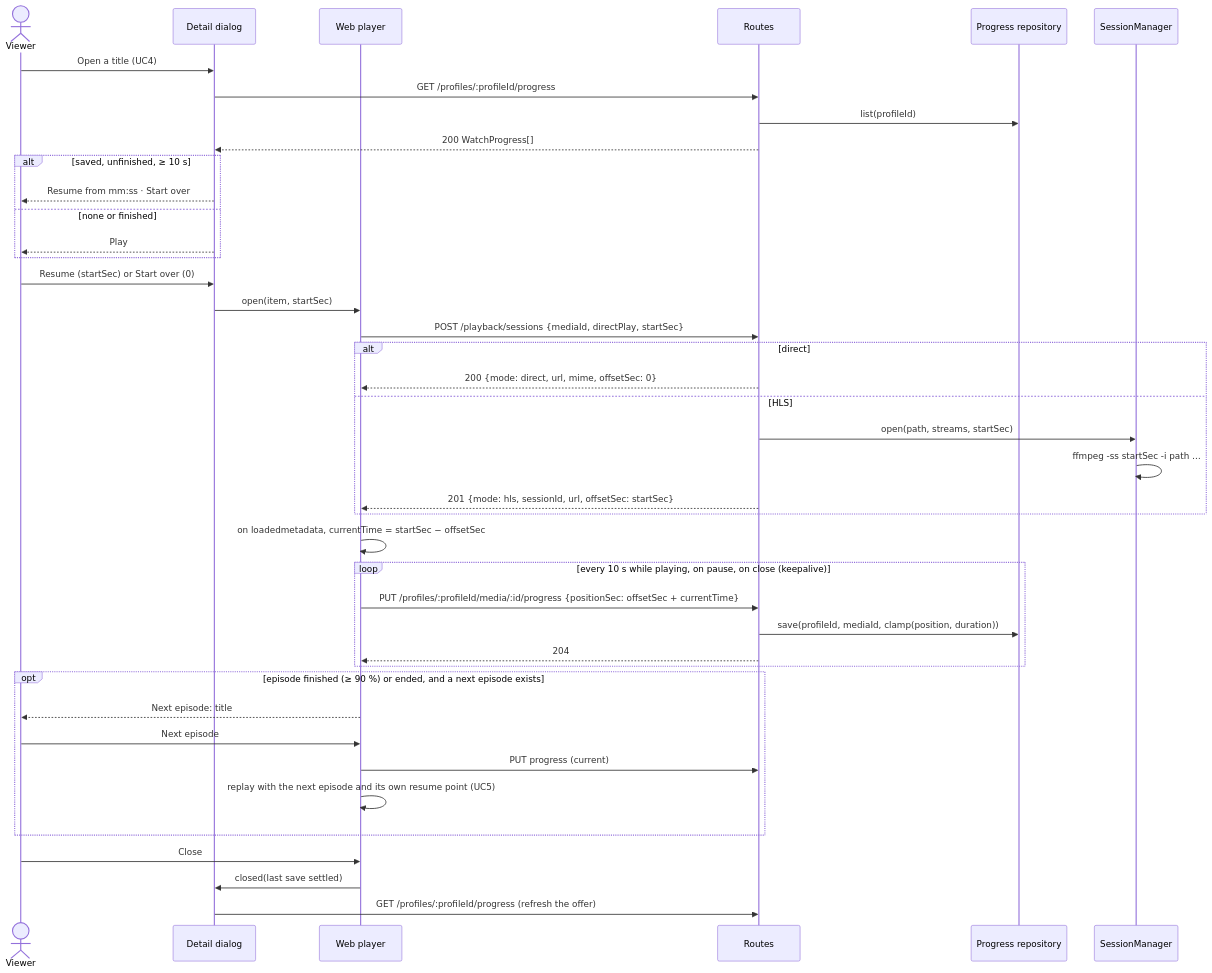
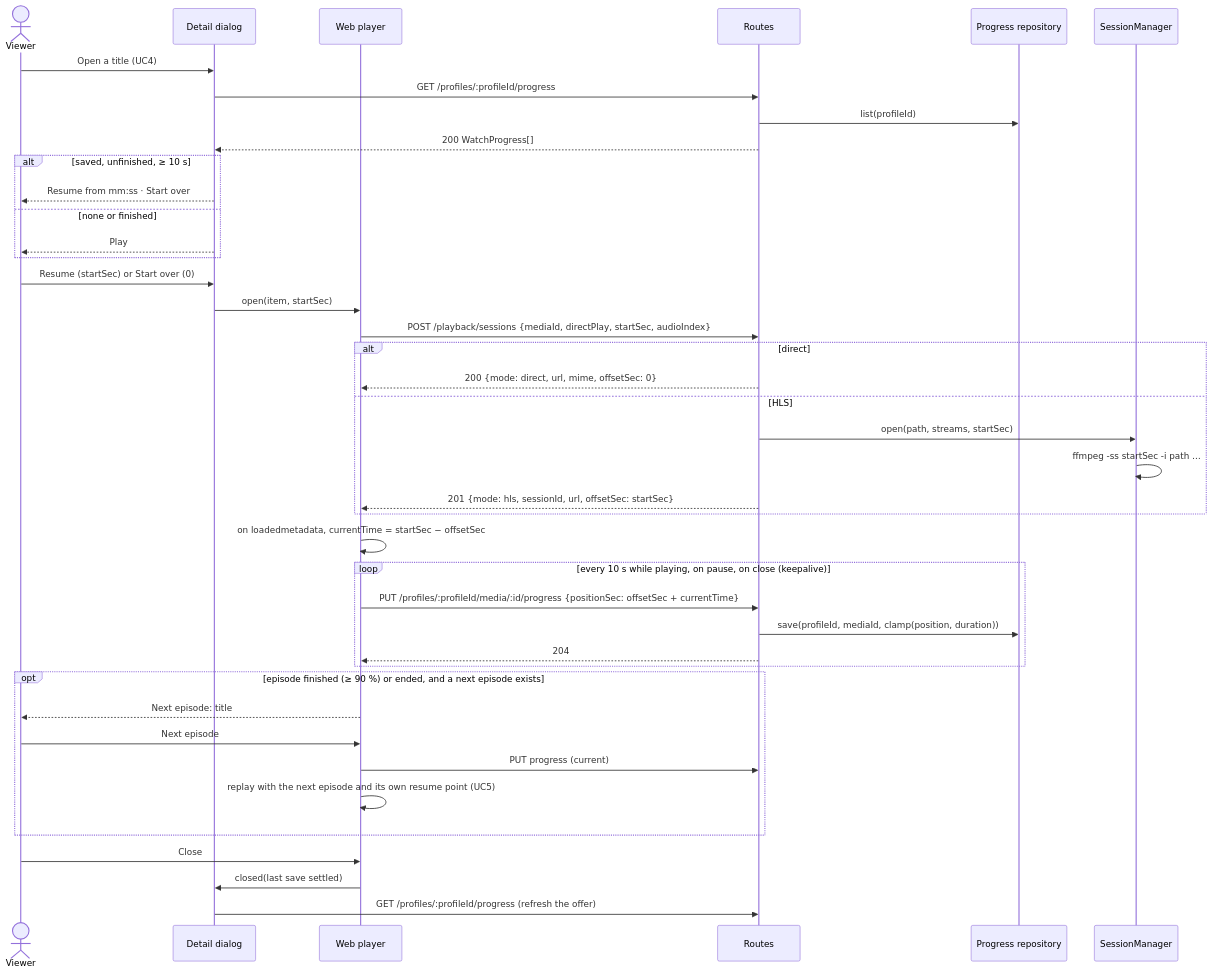
One commit to benoit-bremaud/popcorntv changed the diagram in docs/architecture/diagrams/playback/02-sequence-resume-a-title.md. Above: the diagram before and after it, drawn with Mermaid. The commit also changed 19 other files, not shown here.

Commit message:
feat(playback): choose the audio track

````diff
--- a/docs/architecture/diagrams/playback/02-sequence-resume-a-title.md
+++ b/docs/architecture/diagrams/playback/02-sequence-resume-a-title.md
@@ -15,44 +15,44 @@
 ```mermaid
 sequenceDiagram
   actor V as Viewer
   participant D as Detail dialog
   participant P as Web player
   participant API as Routes
   participant PR as Progress repository
   participant SM as SessionManager
 
   V->>D: Open a title (UC4)
   D->>API: GET /profiles/:profileId/progress
   API->>PR: list(profileId)
   API-->>D: 200 WatchProgress[]
   alt saved, unfinished, ≥ 10 s
     D-->>V: Resume from mm:ss · Start over
   else none or finished
     D-->>V: Play
   end
   V->>D: Resume (startSec) or Start over (0)
   D->>P: open(item, startSec)
-  P->>API: POST /playback/sessions {mediaId, directPlay, startSec}
+  P->>API: POST /playback/sessions {mediaId, directPlay, startSec, audioIndex}
   alt direct
     API-->>P: 200 {mode: direct, url, mime, offsetSec: 0}
   else HLS
     API->>SM: open(path, streams, startSec)
     SM->>SM: ffmpeg -ss startSec -i path …
     API-->>P: 201 {mode: hls, sessionId, url, offsetSec: startSec}
   end
   P->>P: on loadedmetadata, currentTime = startSec − offsetSec
   loop every 10 s while playing, on pause, on close (keepalive)
     P->>API: PUT /profiles/:profileId/media/:id/progress {positionSec: offsetSec + currentTime}
     API->>PR: save(profileId, mediaId, clamp(position, duration))
     API-->>P: 204
   end
   opt episode finished (≥ 90 %) or ended, and a next episode exists
     P-->>V: Next episode: title
     V->>P: Next episode
     P->>API: PUT progress (current)
     P->>P: replay with the next episode and its own resume point (UC5)
   end
   V->>P: Close
   P->>D: closed(last save settled)
   D->>API: GET /profiles/:profileId/progress (refresh the offer)
 ```
````
